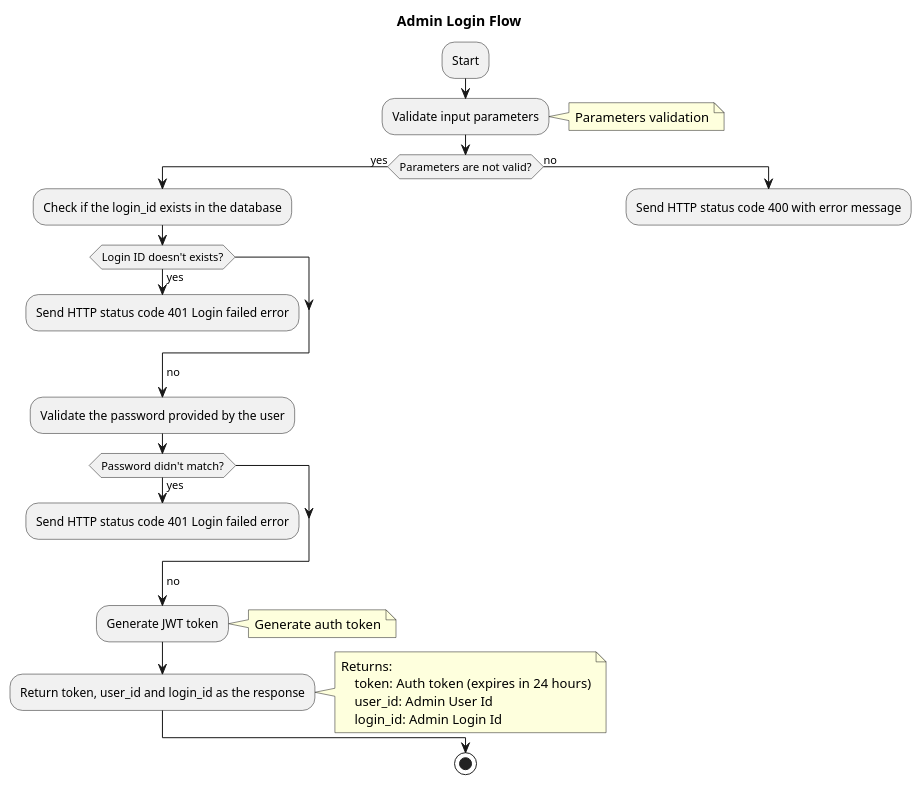
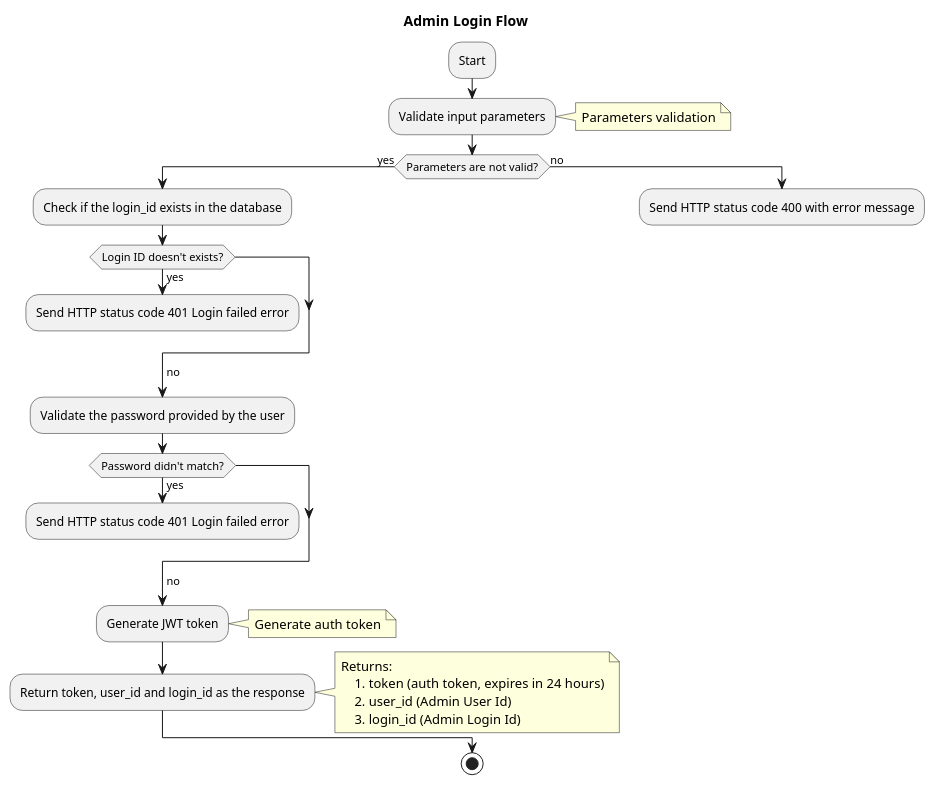
Before and after one commit to SonySemiconductorSolutions/aitrios-sample-tool-angle-adjustment: the diagram in docsrc/apidocs/api-workflow/api-admin/admin-login.puml, drawn with PlantUML. The commit also changed 251 other files, not shown here.

```diff
--- a/docsrc/apidocs/api-workflow/api-admin/admin-login.puml
+++ b/docsrc/apidocs/api-workflow/api-admin/admin-login.puml
@@ -1,38 +1,38 @@
 @startuml admin login flow
 title Admin Login Flow
 
 :Start;
 :Validate input parameters;
 note right
     Parameters validation
 end note
 if (Parameters are not valid?) then (yes)
     :Check if the login_id exists in the database;
     if (Login ID doesn't exists?) then (yes)
         :Send HTTP status code 401 Login failed error;
         kill
     endif
     ->no;
     :Validate the password provided by the user;
     if (Password didn't match?) then (yes)
         :Send HTTP status code 401 Login failed error;
         kill
     endif
     ->no;
     :Generate JWT token;
     note right
         Generate auth token
     end note
     :Return token, user_id and login_id as the response;
     note right
         Returns:
-            token: Auth token (expires in 24 hours)
-            user_id: Admin User Id
-            login_id: Admin Login Id
+            1. token (auth token, expires in 24 hours)
+            2. user_id (Admin User Id)
+            3. login_id (Admin Login Id)
     end note
 else (no)
     :Send HTTP status code 400 with error message;
     kill
 endif
 stop
 @enduml
```
